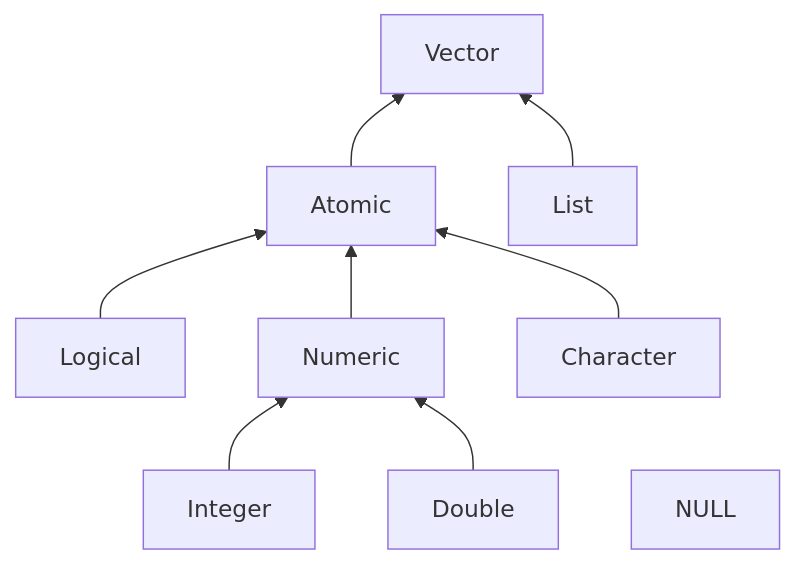
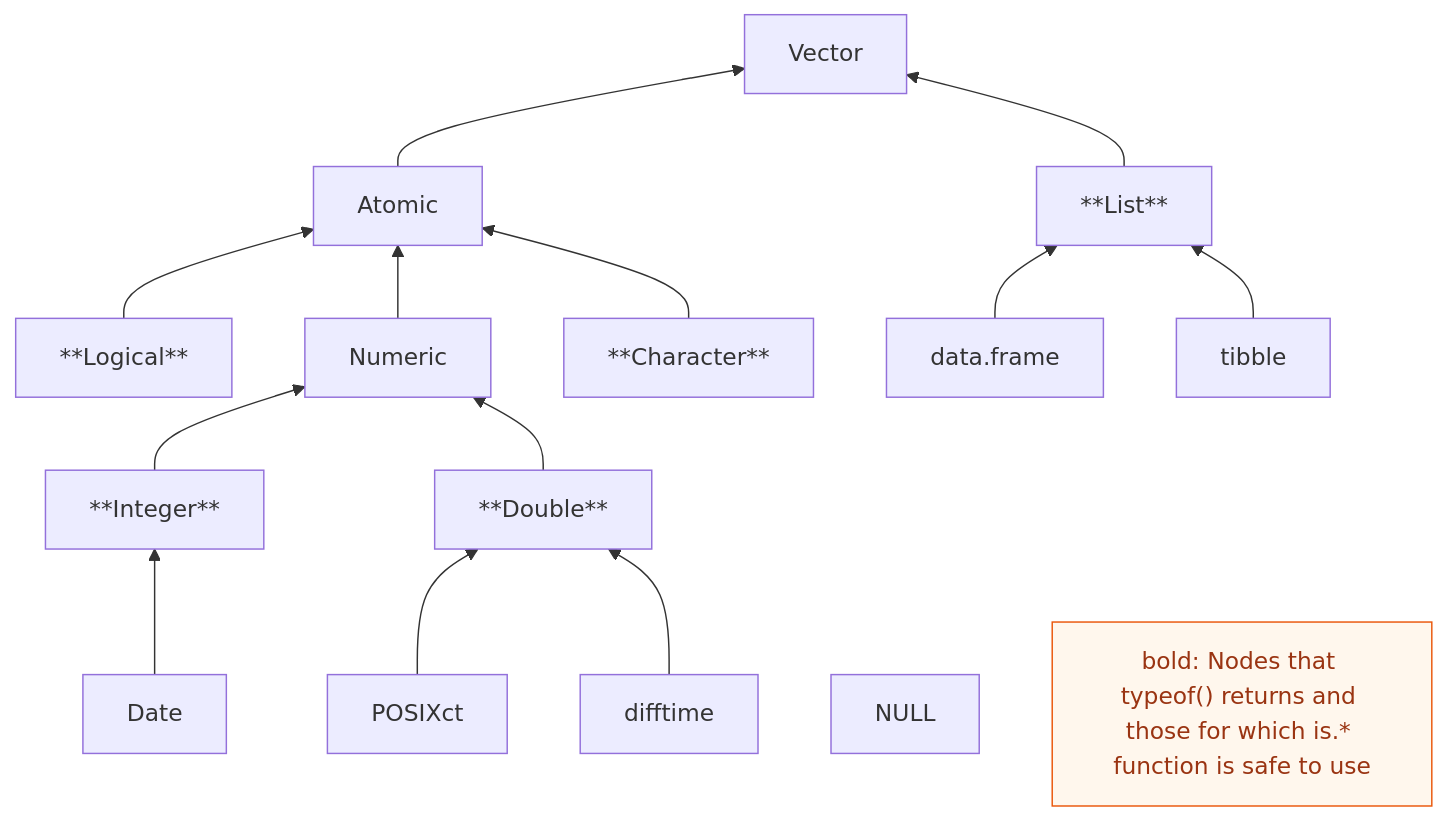
One commit to ani-rbnm/mstat_code changed the diagram in booksols/advanced_r/notes.qmd. Above: the diagram before and after it, drawn with Mermaid. The commit also changed other lines of this file and 1 other file, not shown here.

````diff
--- a/booksols/advanced_r/notes.qmd
+++ b/booksols/advanced_r/notes.qmd
@@ -214,12 +217,26 @@
 ```{mermaid}
 flowchart BT
+Date --> Integer
+POSIXct --> Double
+difftime --> Double
 Logical --> Atomic
 Integer --> Numeric
 Double --> Numeric
 Numeric --> Atomic
 Character --> Atomic
 Atomic --> Vector
+data.frame --> List
+tibble --> List
 List --> Vector
 NULL
 
+Logical["**Logical**"]
+Integer["**Integer**"]
+Double["**Double**"]
+Character["**Character**"]
+List["**List**"]
+
+
+Note["bold: Nodes that typeof() returns and those for which is.* function is safe to use"]
+style Note fill:#fff7ed,stroke:#ea580c,color:#9a3412
 ```
````
